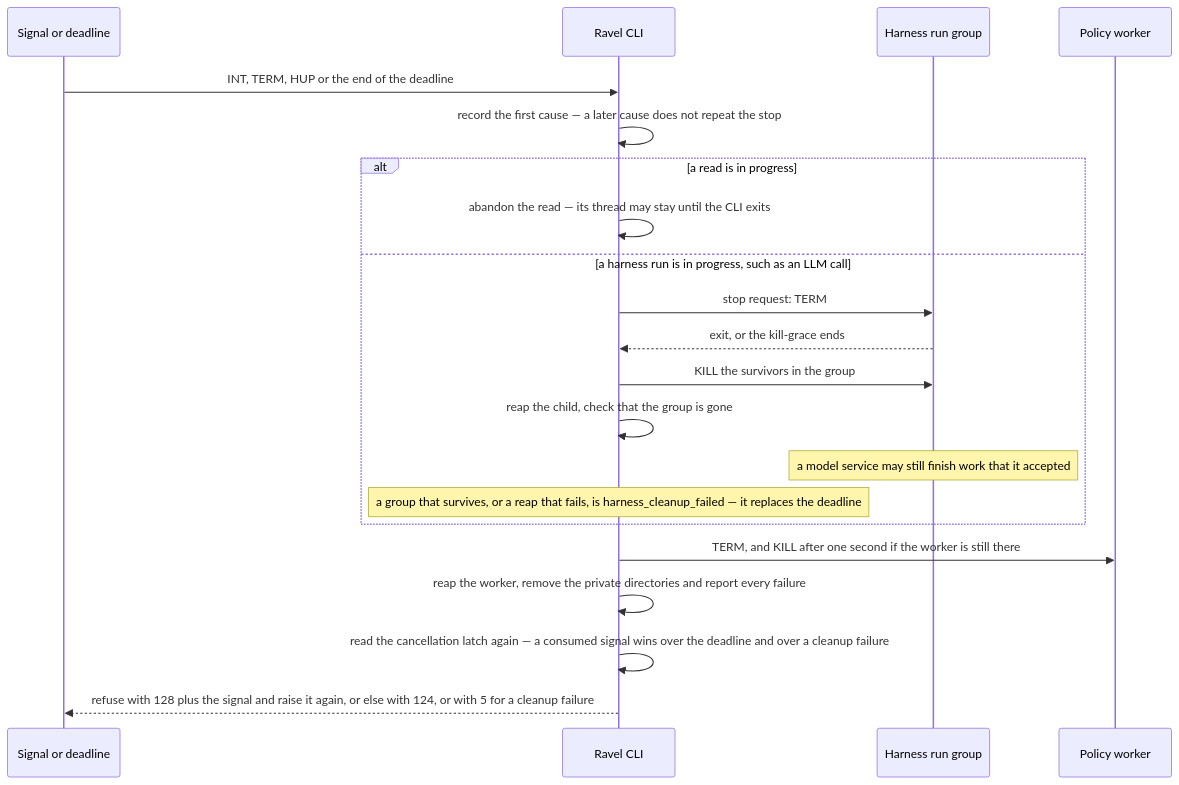
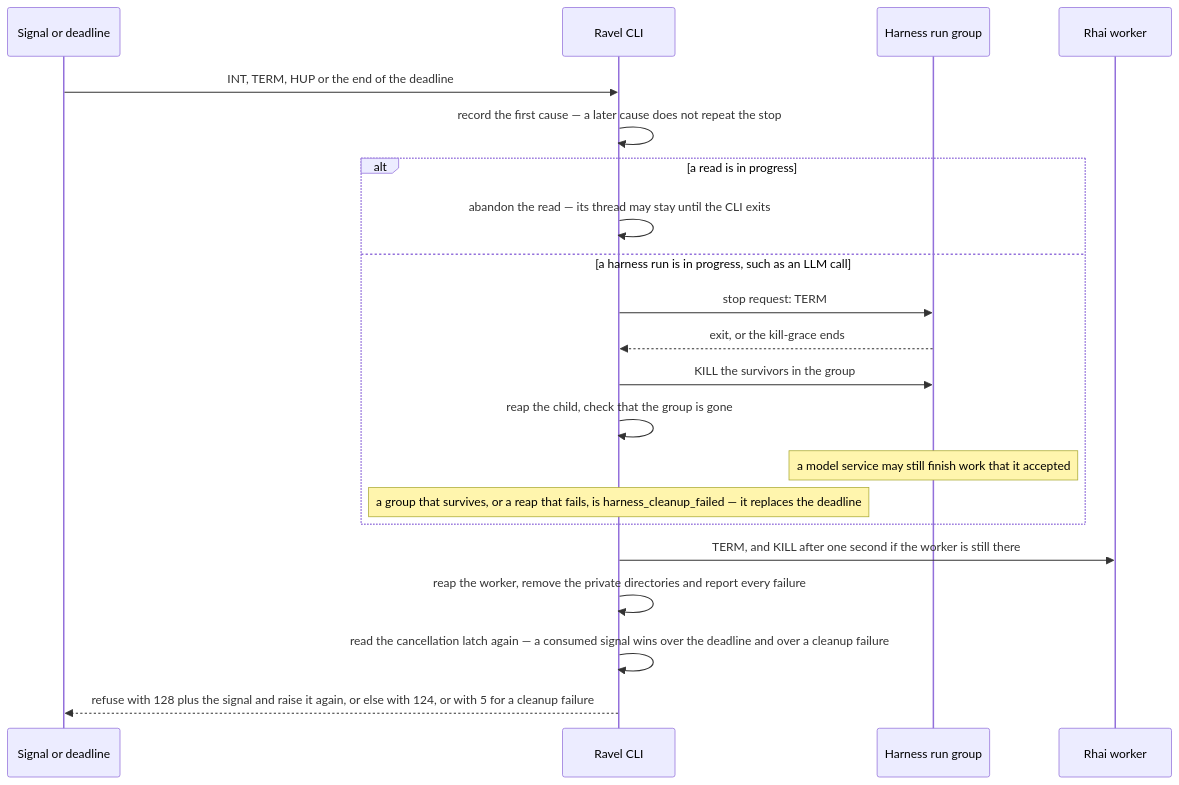
The diagram in docs/design/rhai-policy/stopping-sequence.mmd (Linkuistics/Ravel), drawn with Mermaid before and after one commit. The commit also changed 16 other files, not shown here.

```diff
--- a/docs/design/rhai-policy/stopping-sequence.mmd
+++ b/docs/design/rhai-policy/stopping-sequence.mmd
@@ -1,21 +1,21 @@
 sequenceDiagram
   participant S as Signal or deadline
   participant R as Ravel CLI
   participant H as Harness run group
-  participant W as Policy worker
+  participant W as Rhai worker
   S->>R: INT, TERM, HUP or the end of the deadline
   R->>R: record the first cause — a later cause does not repeat the stop
   alt a read is in progress
     R->>R: abandon the read — its thread may stay until the CLI exits
   else a harness run is in progress, such as an LLM call
     R->>H: stop request: TERM
     H-->>R: exit, or the kill-grace ends
     R->>H: KILL the survivors in the group
     R->>R: reap the child, check that the group is gone
     Note over H: a model service may still finish work that it accepted
     Note over R: a group that survives, or a reap that fails, is harness_cleanup_failed — it replaces the deadline
   end
   R->>W: TERM, and KILL after one second if the worker is still there
   R->>R: reap the worker, remove the private directories and report every failure
   R->>R: read the cancellation latch again — a consumed signal wins over the deadline and over a cleanup failure
   R-->>S: refuse with 128 plus the signal and raise it again, or else with 124, or with 5 for a cleanup failure
```
